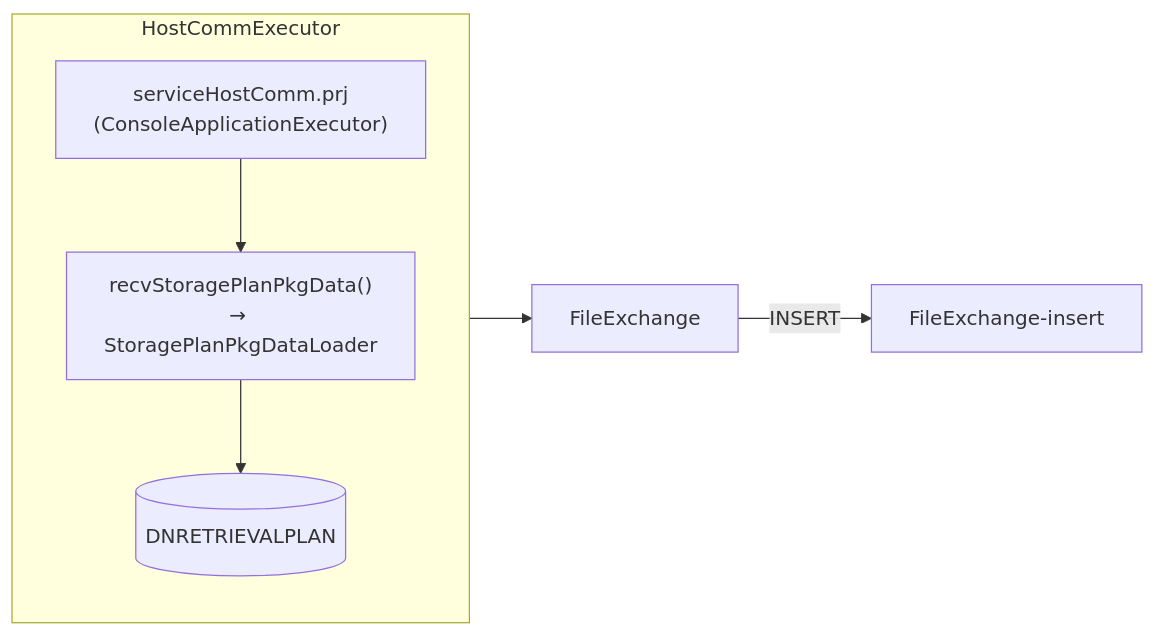
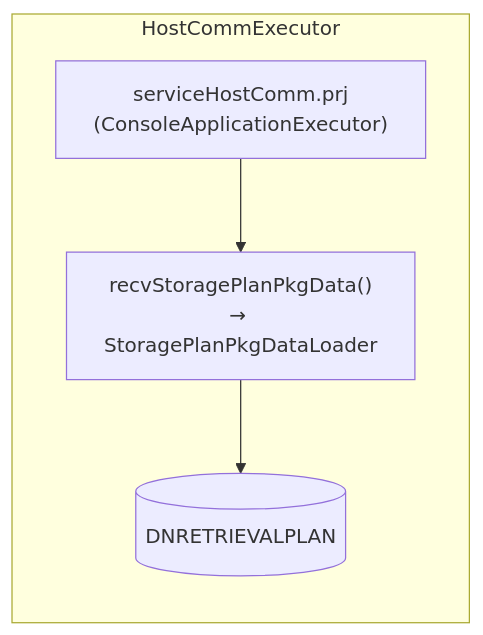
Before and after one commit to luthfiadityaa/SimeDarby-Wiki: the second of 2 diagrams in Basic-Design/Host-Interfaces/Receive-Method/Planned-Storage-PKG.md, drawn with Mermaid.

Commit message:
Updated Planned Storage PKG

```diff
--- a/Basic-Design/Host-Interfaces/Receive-Method/Planned-Storage-PKG.md
+++ b/Basic-Design/Host-Interfaces/Receive-Method/Planned-Storage-PKG.md
@@ -74,12 +74,11 @@
 ::: mermaid
 flowchart LR
 
 subgraph HostCommExecutor
         C1["serviceHostComm.prj<br>(ConsoleApplicationExecutor)"]
         C2["recvStoragePlanPkgData()<br>→ StoragePlanPkgDataLoader"]
         C1 --> C2 --> insert[("DNRETRIEVALPLAN")]
 end
 
-HostCommExecutor-->FileExchange
-FileExchange--INSERT-->FileExchange-insert
+HostCommExecutor
 :::
```
